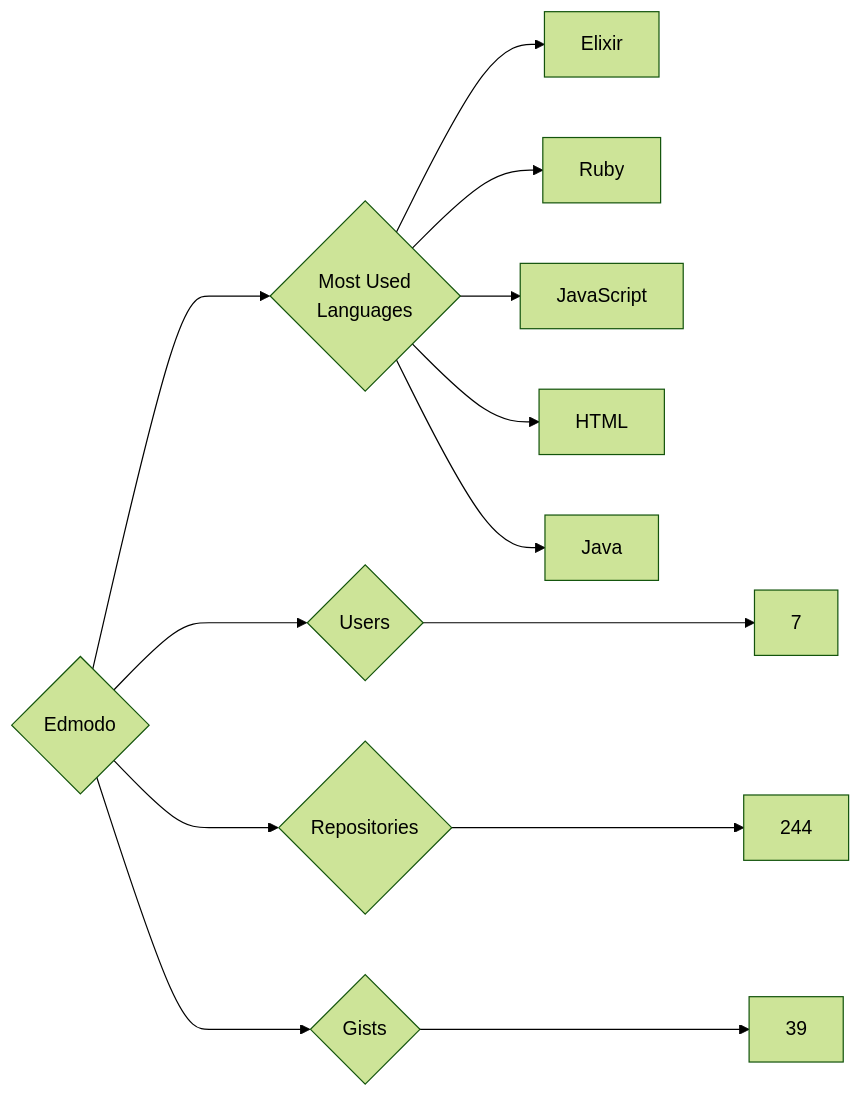
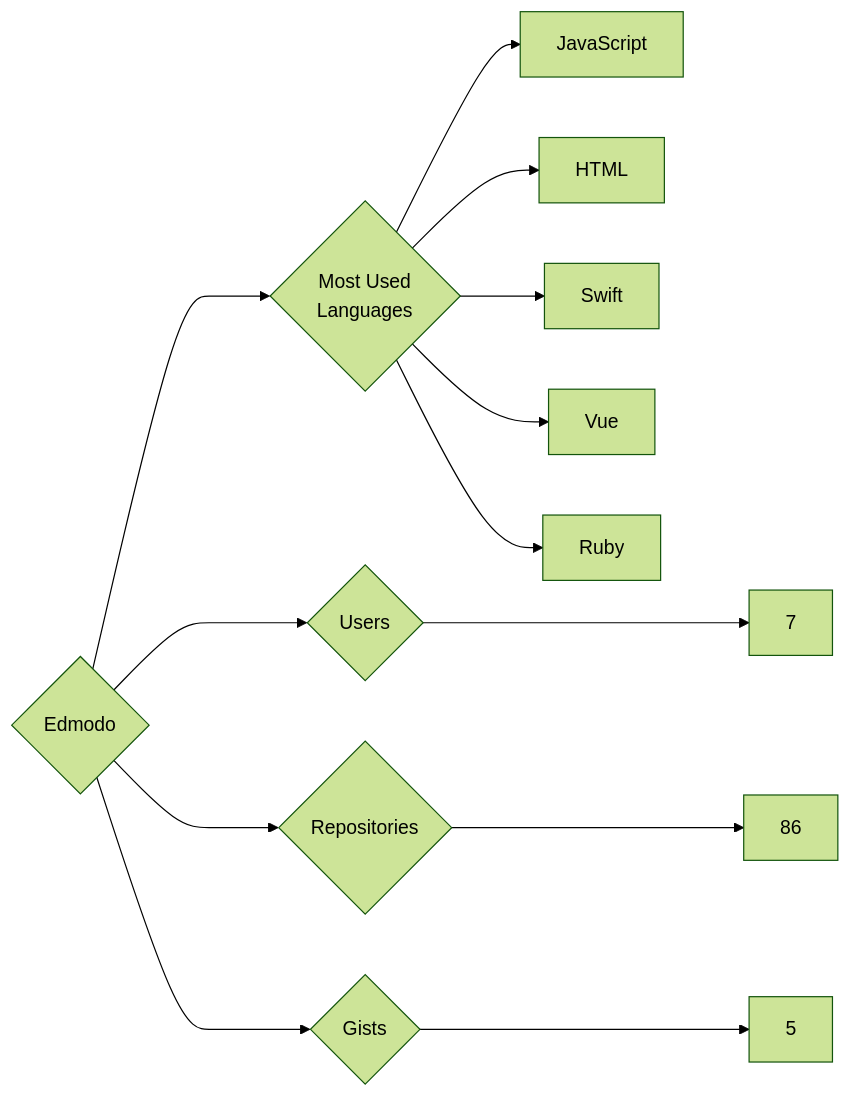
The diagram in targets/Edmodo/README.md (trickest/insiders), drawn with Mermaid (forest theme) before and after one commit. The commit also changed 783 other files, not shown here.

````diff
--- a/targets/Edmodo/README.md
+++ b/targets/Edmodo/README.md
@@ -3,13 +3,13 @@
 ```mermaid
 graph LR
 COMPANY_NAME{Edmodo}
 COMPANY_NAME ---> U{Users} ---> UN[7]
-COMPANY_NAME ---> R{Repositories} ---> RN[244]
-COMPANY_NAME ---> G{Gists} ---> GN[39]
+COMPANY_NAME ---> R{Repositories} ---> RN[86]
+COMPANY_NAME ---> G{Gists} ---> GN[5]
 COMPANY_NAME ---> ML{Most Used<br>Languages}
-ML --> Elixir[Elixir]
-ML --> Ruby[Ruby]
 ML --> JavaScript[JavaScript]
 ML --> HTML[HTML]
-ML --> Java[Java]
+ML --> Swift[Swift]
+ML --> Vue[Vue]
+ML --> Ruby[Ruby]
 ```
````
